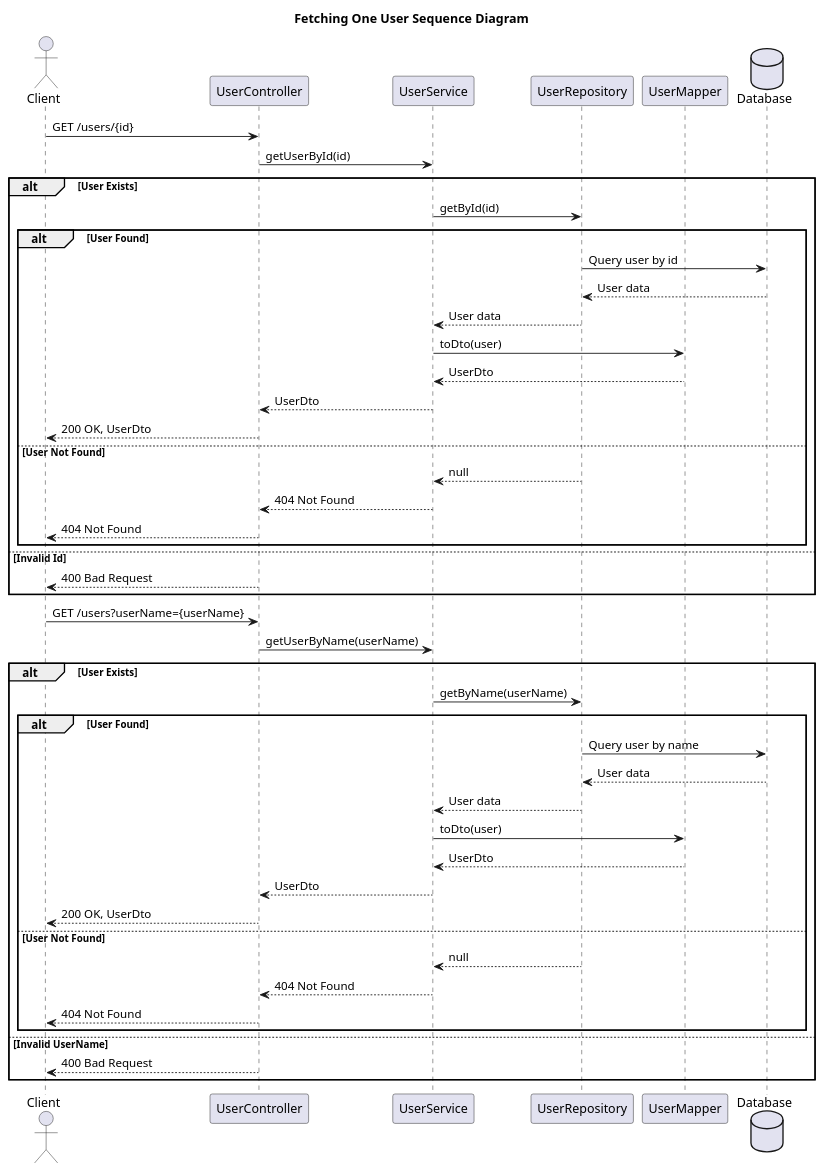
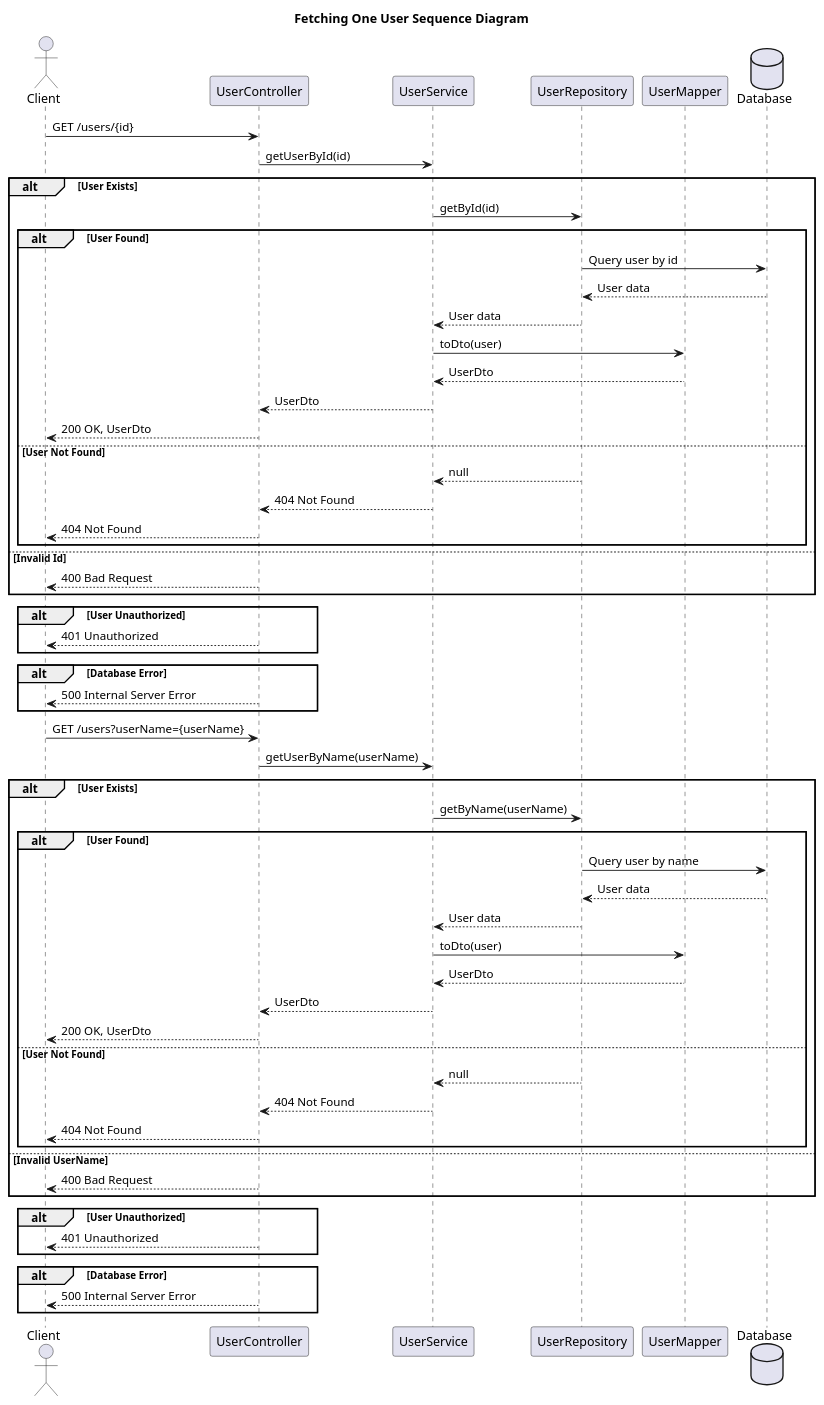
Before and after one commit to SofiaVynnytska12/online-ticket-booking: the diagram in otb-doc/get_user.puml, drawn with PlantUML.

Commit message:
in file get_user.puml added 401 and 500 errors

```diff
--- a/otb-doc/get_user.puml
+++ b/otb-doc/get_user.puml
@@ -1,54 +1,70 @@
 @startuml
 
 title Fetching One User Sequence Diagram
 
 actor Client
-participant "UserController" as UserController
-participant "UserService" as UserService
-participant "UserRepository" as UserRepository
-participant "UserMapper" as UserMapper
+participant UserController
+participant UserService
+participant UserRepository
+participant UserMapper
 database Database
 
 Client -> UserController: GET /users/{id}
 UserController -> UserService: getUserById(id)
 alt User Exists
     UserService -> UserRepository: getById(id)
     alt User Found
         UserRepository -> Database: Query user by id
         Database --> UserRepository: User data
         UserRepository --> UserService: User data
         UserService -> UserMapper: toDto(user)
         UserMapper --> UserService: UserDto
         UserService --> UserController: UserDto
         UserController --> Client: 200 OK, UserDto
     else User Not Found
         UserRepository --> UserService: null
         UserService --> UserController: 404 Not Found
         UserController --> Client: 404 Not Found
     end
 else Invalid Id
     UserController --> Client: 400 Bad Request
 end
 
+alt User Unauthorized
+    UserController --> Client: 401 Unauthorized
+end
+
+alt Database Error
+    UserController --> Client: 500 Internal Server Error
+end
+
 Client -> UserController: GET /users?userName={userName}
 UserController -> UserService: getUserByName(userName)
 alt User Exists
     UserService -> UserRepository: getByName(userName)
     alt User Found
         UserRepository -> Database: Query user by name
         Database --> UserRepository: User data
         UserRepository --> UserService: User data
         UserService -> UserMapper: toDto(user)
         UserMapper --> UserService: UserDto
         UserService --> UserController: UserDto
         UserController --> Client: 200 OK, UserDto
     else User Not Found
         UserRepository --> UserService: null
         UserService --> UserController: 404 Not Found
         UserController --> Client: 404 Not Found
     end
 else Invalid UserName
     UserController --> Client: 400 Bad Request
 end
 
+alt User Unauthorized
+    UserController --> Client: 401 Unauthorized
+end
+
+alt Database Error
+    UserController --> Client: 500 Internal Server Error
+end
+
 @enduml
```
